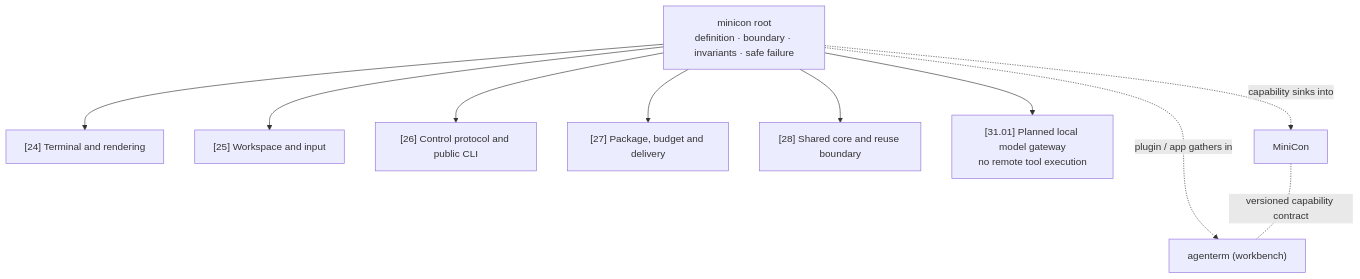
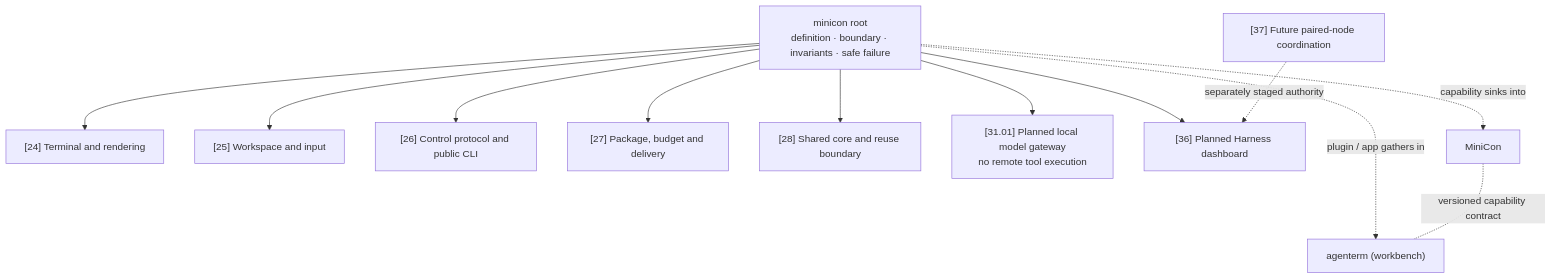
The diagram in prd/PRD_02_23_minicon.md (partnernetsoftware/minicon), drawn with Mermaid before and after one commit. The commit also changed other lines of this file and 26 other files, not shown here.

Commit message:
feat: isolate gateway client profiles and plan workspace roadmap

````diff
--- a/prd/PRD_02_23_minicon.md
+++ b/prd/PRD_02_23_minicon.md
@@ -45,13 +48,15 @@
 ```mermaid
 flowchart TB
     ROOT["minicon root<br/>definition · boundary · invariants · safe failure"]
     ROOT --> T["[24] Terminal and rendering"]
     ROOT --> W["[25] Workspace and input"]
     ROOT --> C["[26] Control protocol and public CLI"]
     ROOT --> D["[27] Package, budget and delivery"]
     ROOT --> S["[28] Shared core and reuse boundary"]
     ROOT --> G["[31.01] Planned local model gateway<br/>no remote tool execution"]
+    ROOT --> H["[36] Planned Harness dashboard"]
+    FUT["[37] Future paired-node coordination"] -. separately staged authority .-> H
     ROOT -. "capability sinks into" .-> MC["MiniCon"]
     ROOT -. "plugin / app gathers in" .-> AG["agenterm (workbench)"]
     MC -. "versioned capability contract" .- AG
 ```
````
